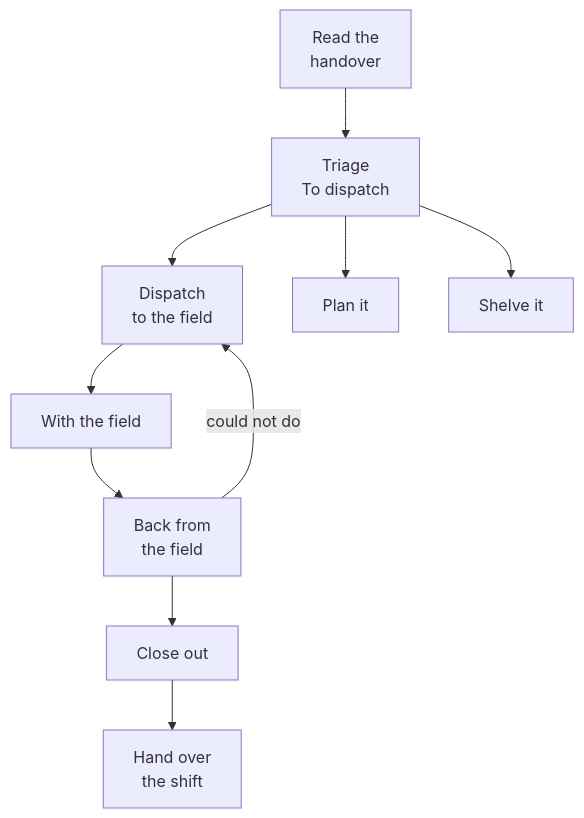
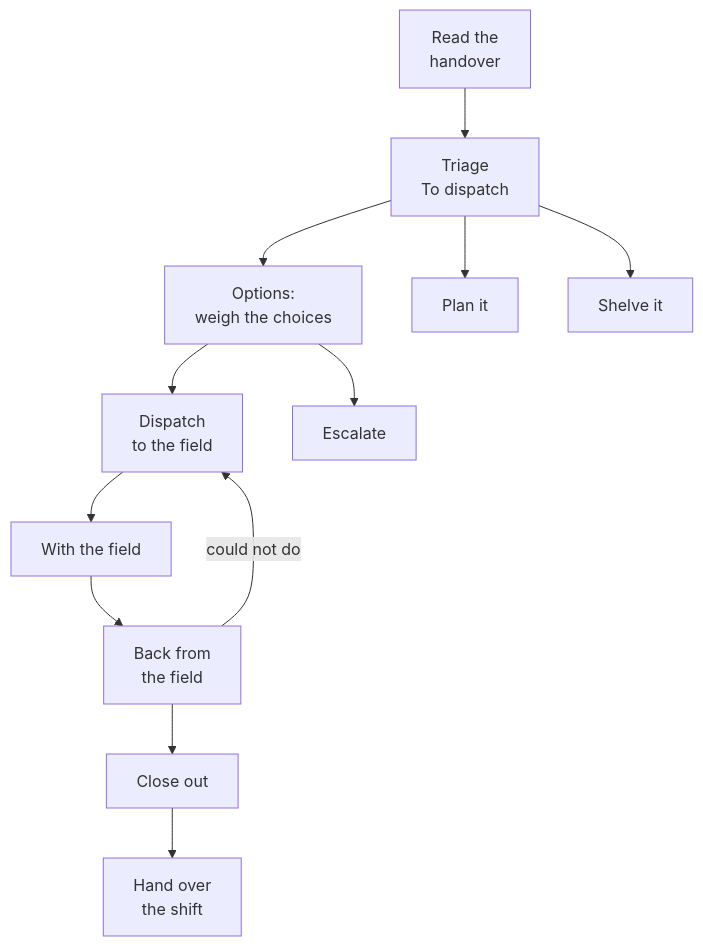
Before and after one commit to areed145/fuzer: the diagram in docs/guides/ioc-operator.md, drawn with Mermaid. The commit also changed other lines of this file and 12 other files, not shown here.

````diff
--- a/docs/guides/ioc-operator.md
+++ b/docs/guides/ioc-operator.md
@@ -7,12 +7,14 @@
 ```mermaid
 flowchart TB
   h["Read the<br>handover"] --> t["Triage<br>To dispatch"]
-  t --> d["Dispatch<br>to the field"]
+  t --> o["Options:<br>weigh the choices"]
+  o --> d["Dispatch<br>to the field"]
+  o --> e["Escalate"]
   t --> p["Plan it"]
   t --> s["Shelve it"]
   d --> w["With the field"]
   w --> b["Back from<br>the field"]
   b --> c["Close out"]
   b -->|could not do| d
   c --> ho["Hand over<br>the shift"]
 ```
````
